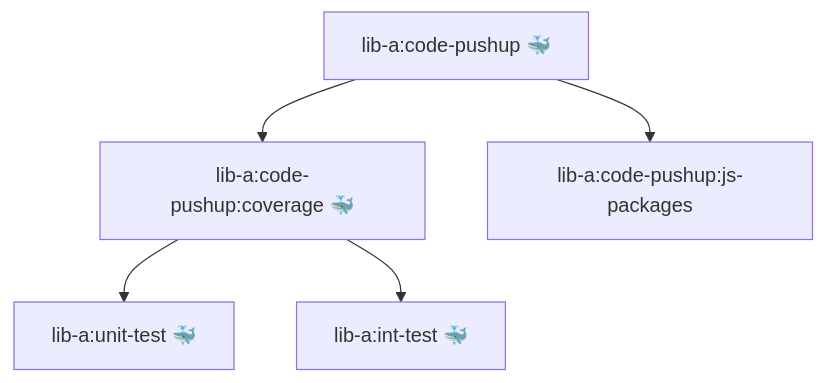
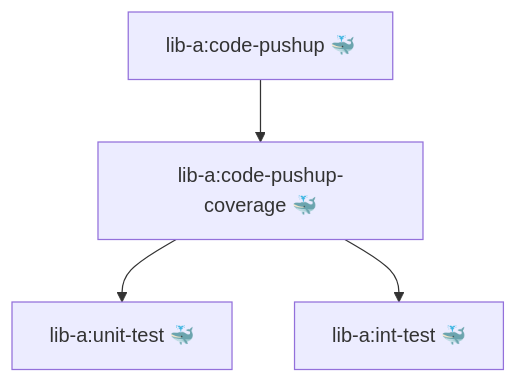
Before and after one commit to code-pushup/cli: the diagram in packages/cli/docs/nx-caching.md, drawn with Mermaid. The commit also changed other lines of this file and 1 other file, not shown here.

````diff
--- a/packages/cli/docs/nx-caching.md
+++ b/packages/cli/docs/nx-caching.md
@@ -107,7 +98,6 @@
 ```mermaid
 graph TD
-  A[lib-a:code-pushup 🐳] --> B[lib-a:code-pushup:coverage 🐳]
-  A --> E[lib-a:code-pushup:js-packages]
+  A[lib-a:code-pushup 🐳] --> B[lib-a:code-pushup-coverage 🐳]
   B --> C[lib-a:unit-test 🐳]
   B --> D[lib-a:int-test 🐳]
 ```
````
